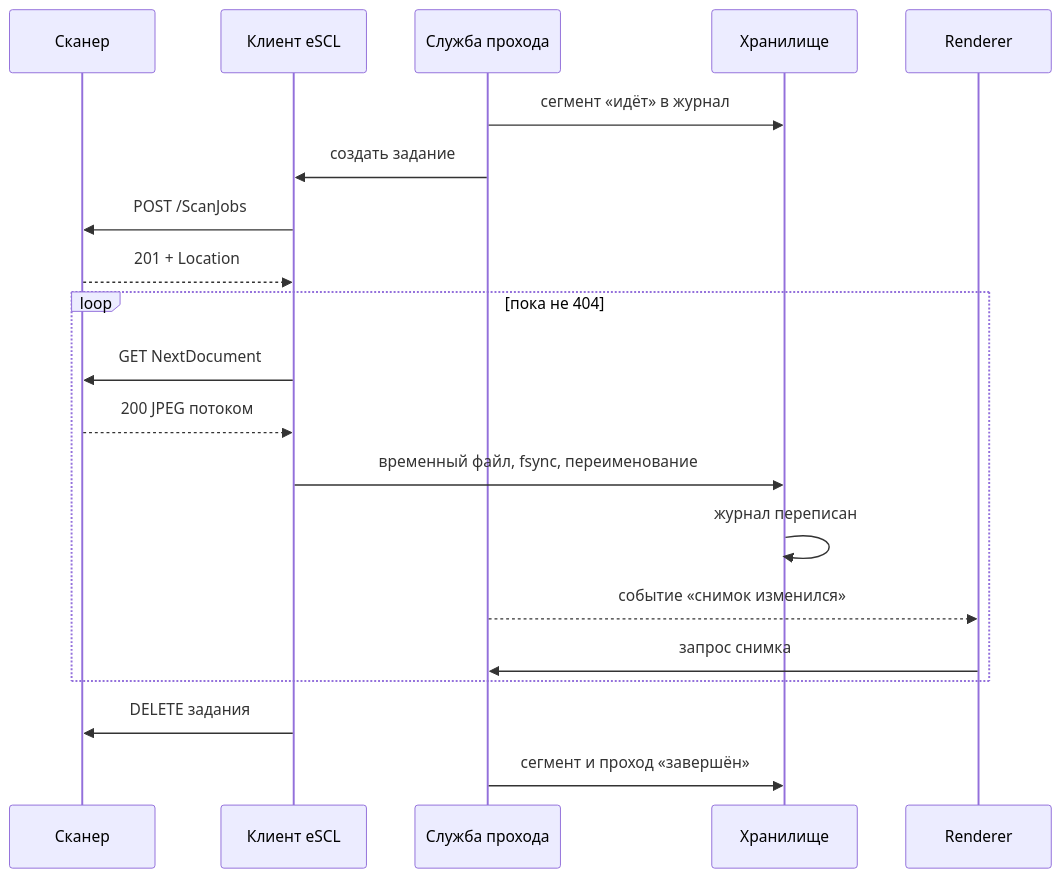
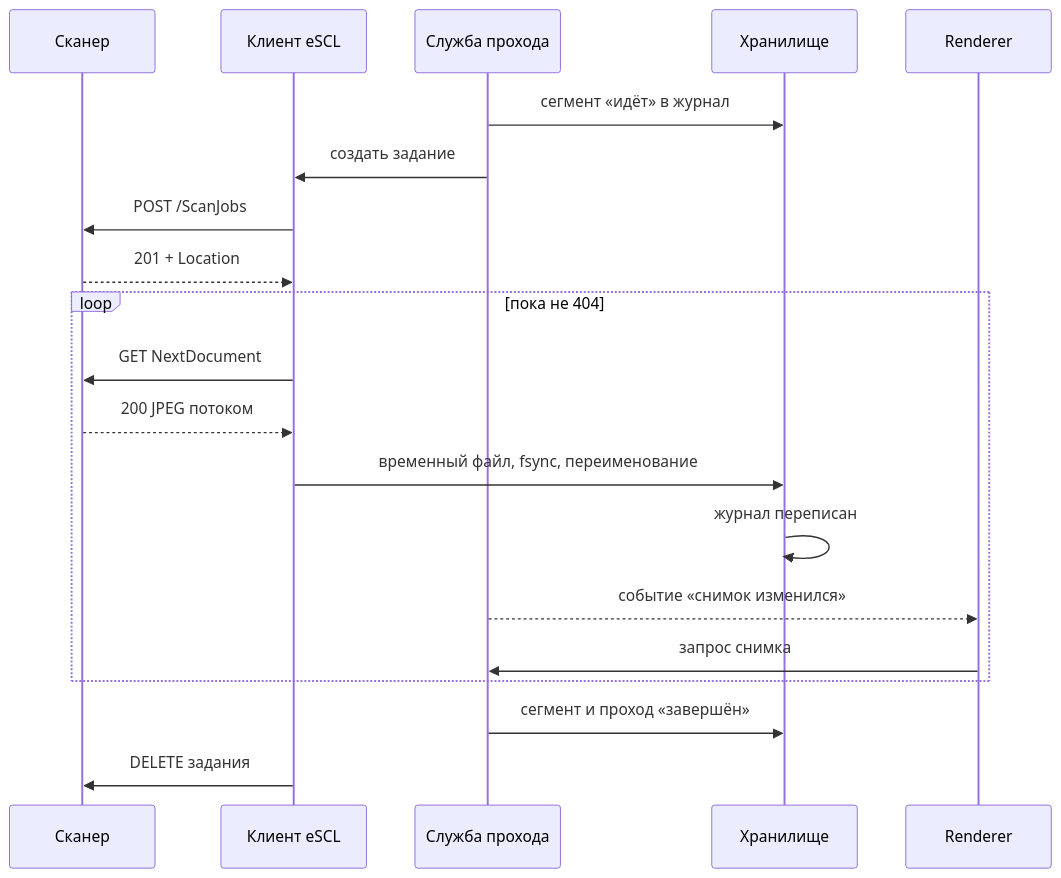
The second of 3 diagrams in docs/plans/2026-10-02-001-feat-m1-connect-single-pass-plan.md (gyuiltylizard/duplexnt), drawn with Mermaid before and after one commit. The commit also changed other lines of this file and 4 other files, not shown here.

````diff
--- a/docs/plans/2026-10-02-001-feat-m1-connect-single-pass-plan.md
+++ b/docs/plans/2026-10-02-001-feat-m1-connect-single-pass-plan.md
@@ -331,22 +353,22 @@
 ```mermaid
 sequenceDiagram
   participant S as Сканер
   participant C as Клиент eSCL
   participant P as Служба прохода
   participant H as Хранилище
   participant R as Renderer
   P->>H: сегмент «идёт» в журнал
   P->>C: создать задание
   C->>S: POST /ScanJobs
   S-->>C: 201 + Location
   loop пока не 404
     C->>S: GET NextDocument
     S-->>C: 200 JPEG потоком
     C->>H: временный файл, fsync, переименование
     H->>H: журнал переписан
     P-->>R: событие «снимок изменился»
     R->>P: запрос снимка
   end
+  P->>H: сегмент и проход «завершён»
   C->>S: DELETE задания
-  P->>H: сегмент и проход «завершён»
 ```
````
